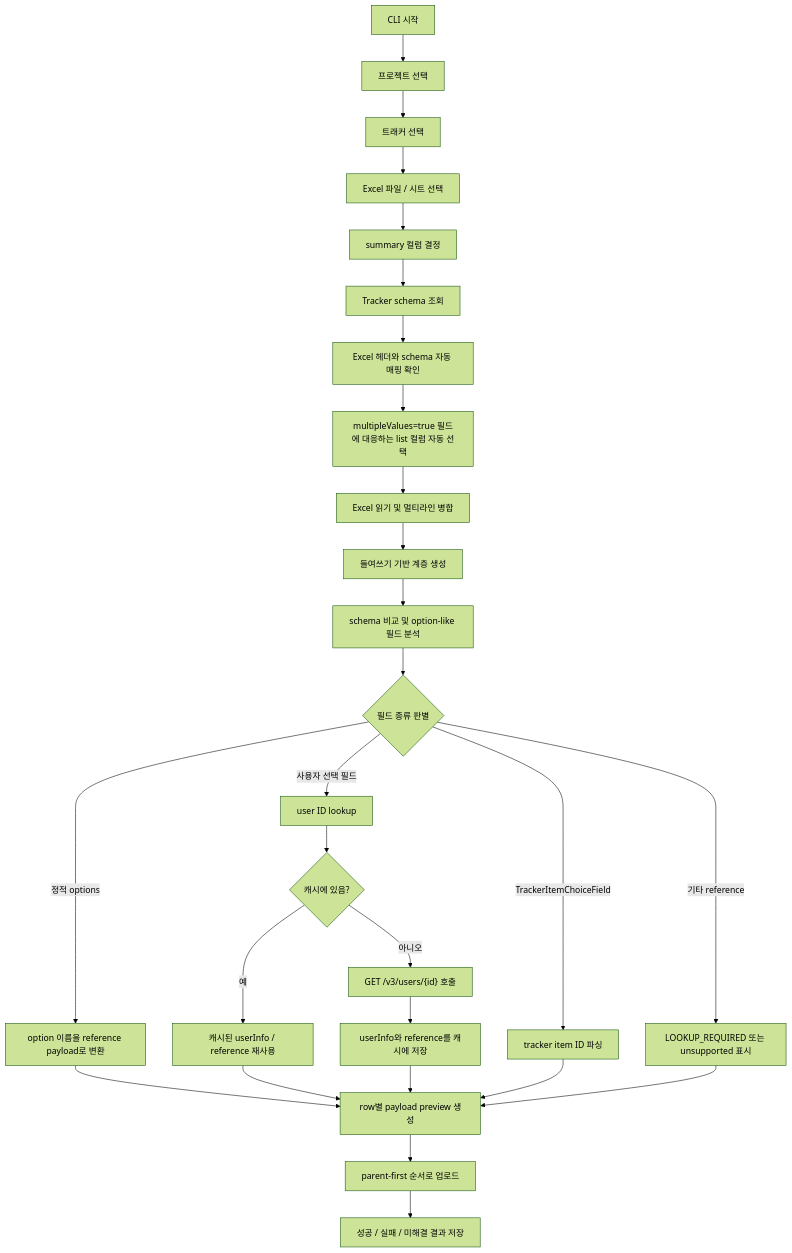
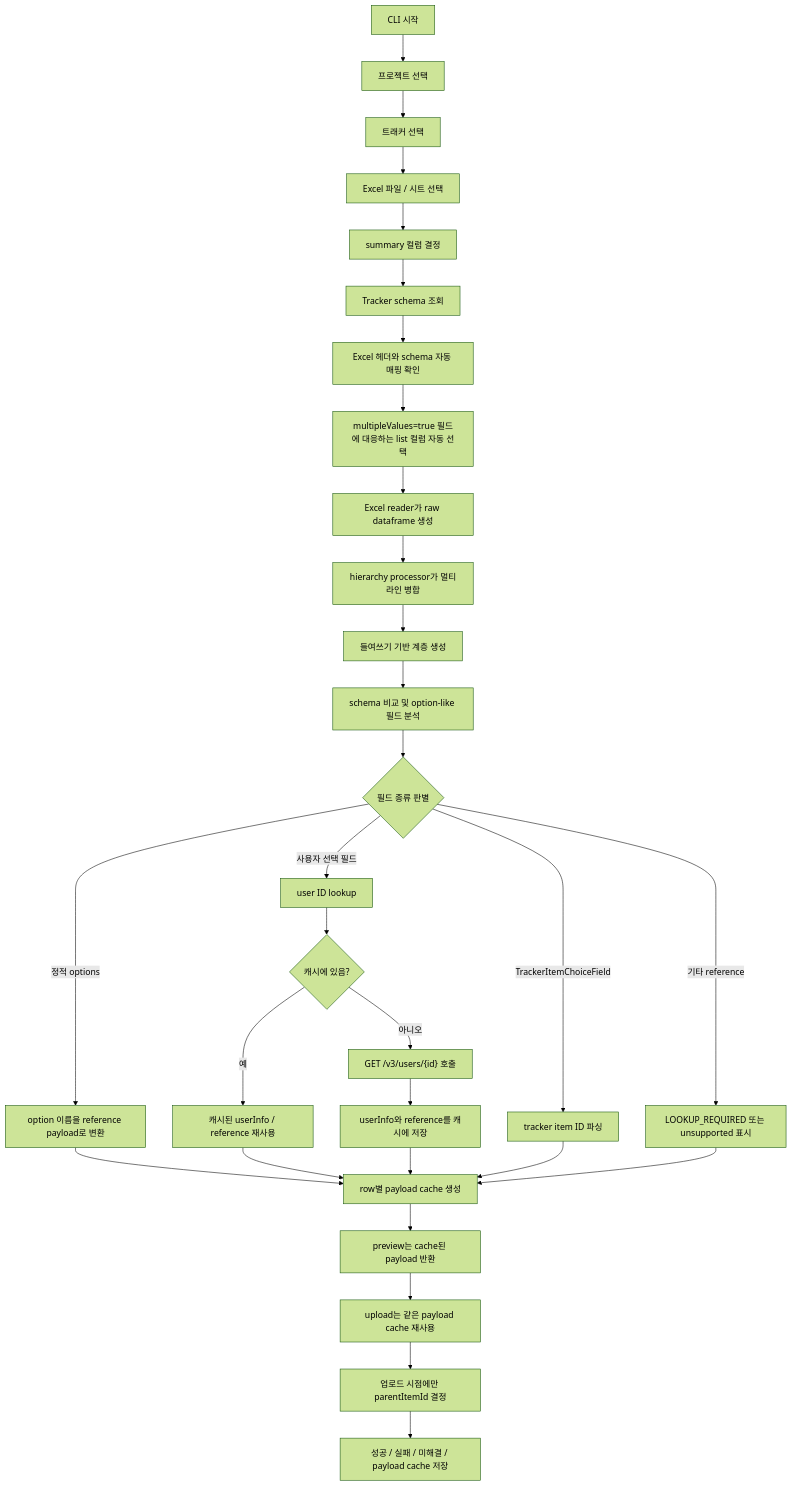
Before and after one commit to H-Wol/codebeamer-automation-suite: the diagram in docs/architecture.md, drawn with Mermaid (forest theme). The commit also changed other lines of this file and 18 other files, not shown here.

First line of the commit message:
feat: 입력 reader 분리와 payload cache 기반 업로드 흐름 추가

````diff
--- a/docs/architecture.md
+++ b/docs/architecture.md
@@ -114,29 +130,32 @@
 ```mermaid
 flowchart TD
     A["CLI 시작"] --> B["프로젝트 선택"]
     B --> C["트래커 선택"]
     C --> D["Excel 파일 / 시트 선택"]
     D --> E["summary 컬럼 결정"]
     E --> F["Tracker schema 조회"]
     F --> G["Excel 헤더와 schema 자동 매핑 확인"]
     G --> H["multipleValues=true 필드에 대응하는 list 컬럼 자동 선택"]
-    H --> I["Excel 읽기 및 멀티라인 병합"]
-    I --> J["들여쓰기 기반 계층 생성"]
-    J --> K["schema 비교 및 option-like 필드 분석"]
-    K --> L{"필드 종류 판별"}
-    L -->|정적 options| M["option 이름을 reference payload로 변환"]
-    L -->|사용자 선택 필드| N["user ID lookup"]
-    N --> O{"캐시에 있음?"}
-    O -->|예| P["캐시된 userInfo / reference 재사용"]
-    O -->|아니오| Q["GET /v3/users/{id} 호출"]
-    Q --> R["userInfo와 reference를 캐시에 저장"]
-    L -->|TrackerItemChoiceField| S["tracker item ID 파싱"]
-    L -->|기타 reference| X["LOOKUP_REQUIRED 또는 unsupported 표시"]
-    M --> T["row별 payload preview 생성"]
-    P --> T
-    R --> T
-    S --> T
-    X --> T
-    T --> U["parent-first 순서로 업로드"]
-    U --> V["성공 / 실패 / 미해결 결과 저장"]
+    H --> I["Excel reader가 raw dataframe 생성"]
+    I --> J["hierarchy processor가 멀티라인 병합"]
+    J --> K["들여쓰기 기반 계층 생성"]
+    K --> L["schema 비교 및 option-like 필드 분석"]
+    L --> M{"필드 종류 판별"}
+    M -->|정적 options| N["option 이름을 reference payload로 변환"]
+    M -->|사용자 선택 필드| O["user ID lookup"]
+    O --> P{"캐시에 있음?"}
+    P -->|예| Q["캐시된 userInfo / reference 재사용"]
+    P -->|아니오| R["GET /v3/users/{id} 호출"]
+    R --> S["userInfo와 reference를 캐시에 저장"]
+    M -->|TrackerItemChoiceField| T["tracker item ID 파싱"]
+    M -->|기타 reference| U["LOOKUP_REQUIRED 또는 unsupported 표시"]
+    N --> V["row별 payload cache 생성"]
+    Q --> V
+    S --> V
+    T --> V
+    U --> V
+    V --> W["preview는 cache된 payload 반환"]
+    W --> X["upload는 같은 payload cache 재사용"]
+    X --> Y["업로드 시점에만 parentItemId 결정"]
+    Y --> Z["성공 / 실패 / 미해결 / payload cache 저장"]
 ```
````
